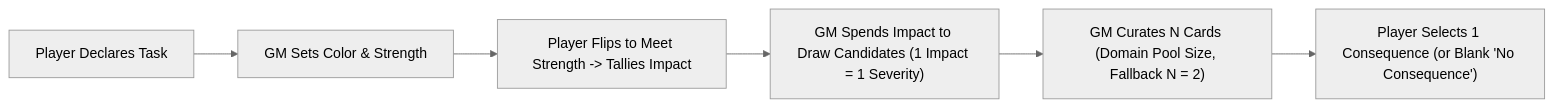
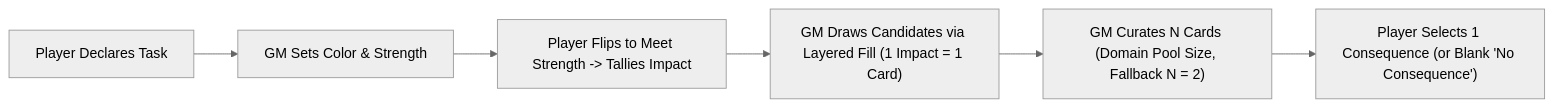
Before and after one commit to tdimiduk/cardpg: the diagram in design/iteration/consequence-pool-tag-escalation/gamemaster-guide-patch.md, drawn with Mermaid (neutral theme). The commit also changed other lines of this file and 8 other files, not shown here.

Commit message:
Fix integer partitioning issue in consequence proposal

````diff
--- a/design/iteration/consequence-pool-tag-escalation/gamemaster-guide-patch.md
+++ b/design/iteration/consequence-pool-tag-escalation/gamemaster-guide-patch.md
@@ -101,8 +93,8 @@
 ```mermaid
 flowchart LR
     A["Player Declares Task"] --> B["GM Sets Color & Strength"]
     B --> C["Player Flips to Meet Strength -> Tallies Impact"]
-    C --> D["GM Spends Impact to Draw Candidates (1 Impact = 1 Severity)"]
+    C --> D["GM Draws Candidates via Layered Fill (1 Impact = 1 Card)"]
     D --> E["GM Curates N Cards (Domain Pool Size, Fallback N = 2)"]
     E --> F["Player Selects 1 Consequence (or Blank 'No Consequence')"]
 ```
````
